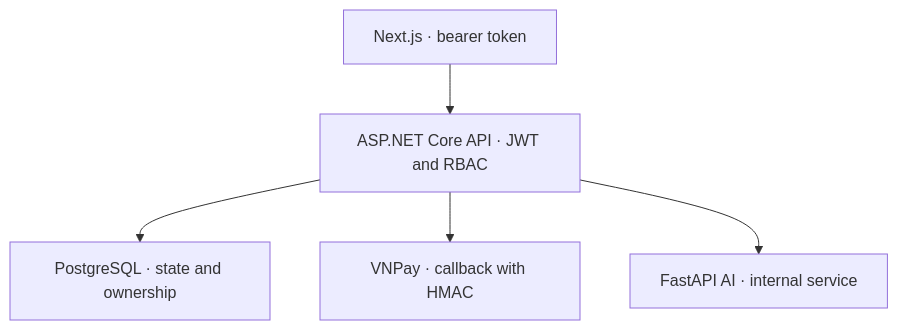
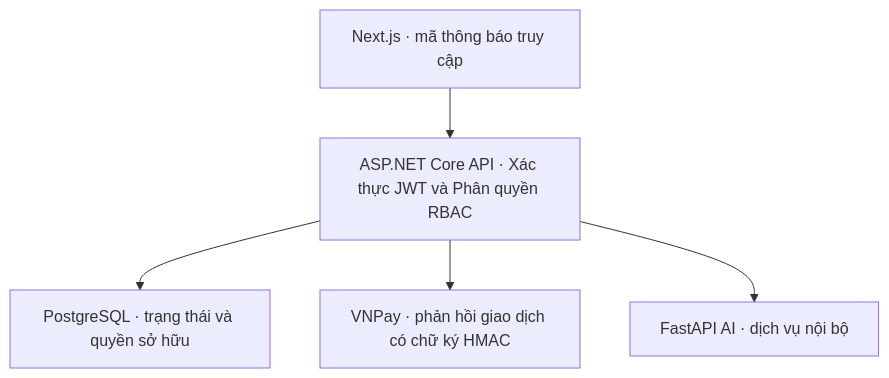
Before and after one commit to SWP391-SportHub-Group4/sportHub-docs: the diagram in security/SportHub_Security_Design.md, drawn with Mermaid. The commit also changed other lines of this file, not shown here.

````diff
--- a/security/SportHub_Security_Design.md
+++ b/security/SportHub_Security_Design.md
@@ -11,7 +13,7 @@
 ```mermaid
 flowchart TD
-  FE["Next.js · bearer token"] --> API["ASP.NET Core API · JWT and RBAC"]
-  API --> DB["PostgreSQL · state and ownership"]
-  API --> PAY["VNPay · callback with HMAC"]
-  API --> AI["FastAPI AI · internal service"]
+  FE["Next.js · mã thông báo truy cập"] --> API["ASP.NET Core API · Xác thực JWT và Phân quyền RBAC"]
+  API --> DB["PostgreSQL · trạng thái và quyền sở hữu"]
+  API --> PAY["VNPay · phản hồi giao dịch có chữ ký HMAC"]
+  API --> AI["FastAPI AI · dịch vụ nội bộ"]
 ```
````
